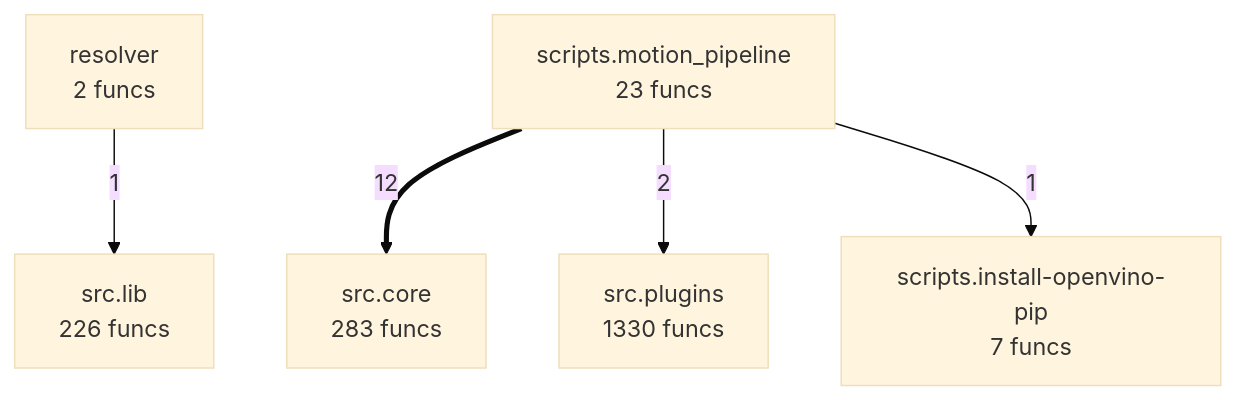
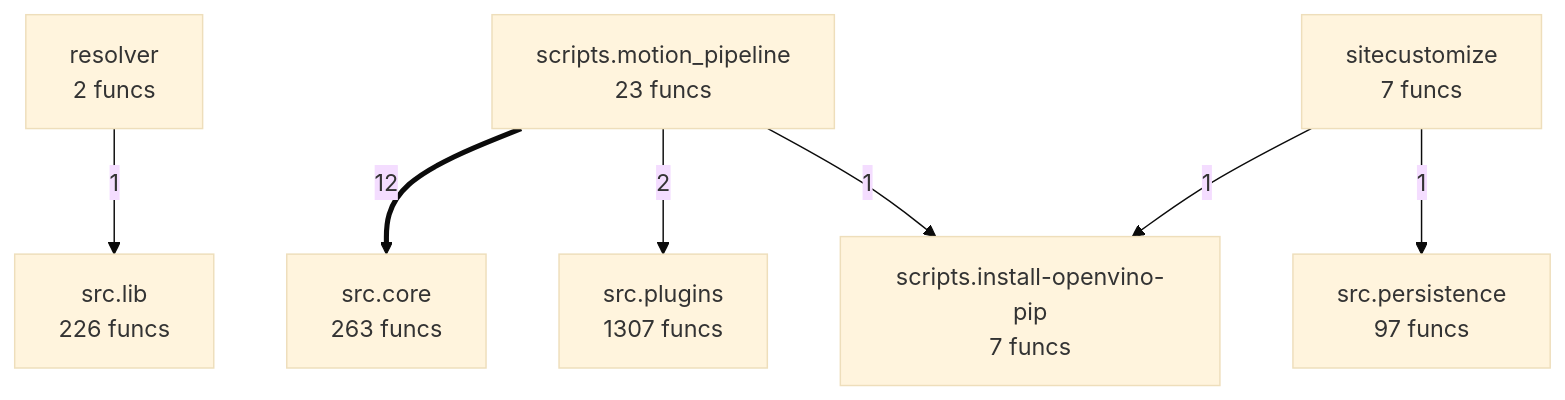
Before and after one commit to broxeen/broxeen: the diagram in project/compact_flow.mmd, drawn with Mermaid (base theme). The commit also changed 18 other files, not shown here.

```diff
--- a/project/compact_flow.mmd
+++ b/project/compact_flow.mmd
@@ -1,11 +1,15 @@
 flowchart TD
     resolver["resolver<br/>2 funcs"]
     scripts__install_openvino_pip["scripts.install-openvino-pip<br/>7 funcs"]
     scripts__motion_pipeline["scripts.motion_pipeline<br/>23 funcs"]
-    src__core["src.core<br/>283 funcs"]
+    sitecustomize["sitecustomize<br/>7 funcs"]
+    src__core["src.core<br/>263 funcs"]
     src__lib["src.lib<br/>226 funcs"]
-    src__plugins["src.plugins<br/>1330 funcs"]
+    src__persistence["src.persistence<br/>97 funcs"]
+    src__plugins["src.plugins<br/>1307 funcs"]
     scripts__motion_pipeline ==>|12| src__core
     scripts__motion_pipeline -->|2| src__plugins
     scripts__motion_pipeline -->|1| scripts__install_openvino_pip
     resolver -->|1| src__lib
+    sitecustomize -->|1| scripts__install_openvino_pip
+    sitecustomize -->|1| src__persistence
```
